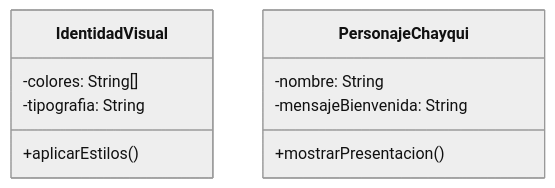
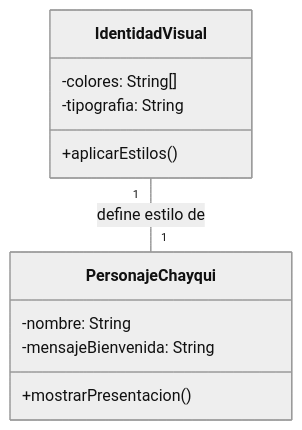
One commit to alanisi/caliland changed the second of 3 diagrams in docs/diagrama de clases HU-013-a-HU-018 /diagrama-de-clases-HU-001-a-HU-006.md. Above: the diagram before and after it, drawn with Mermaid (neutral theme). The commit also changed other lines of this file, not shown here.

````diff
--- a/docs/diagrama de clases HU-013-a-HU-018 /diagrama-de-clases-HU-001-a-HU-006.md
+++ b/docs/diagrama de clases HU-013-a-HU-018 /diagrama-de-clases-HU-001-a-HU-006.md
@@ -20,12 +23,15 @@
 ```mermaid
-   classDiagram
+classDiagram
     class IdentidadVisual {
         -colores: String[]
         -tipografia: String
         +aplicarEstilos()
     }
     class PersonajeChayqui {
         -nombre: String
         -mensajeBienvenida: String
-        +mostrarPresentacion()}
+        +mostrarPresentacion()
+    }
+
+    IdentidadVisual "1" -- "1" PersonajeChayqui : define estilo de
 ```
````
